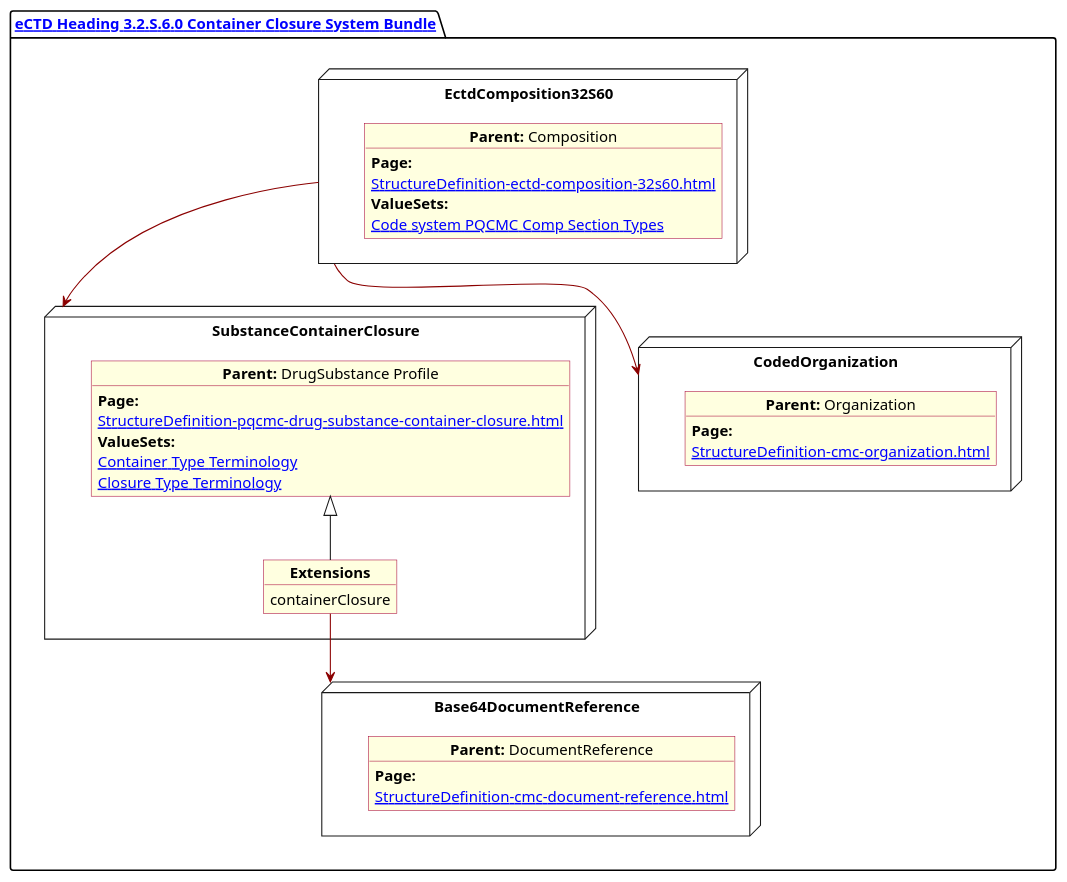
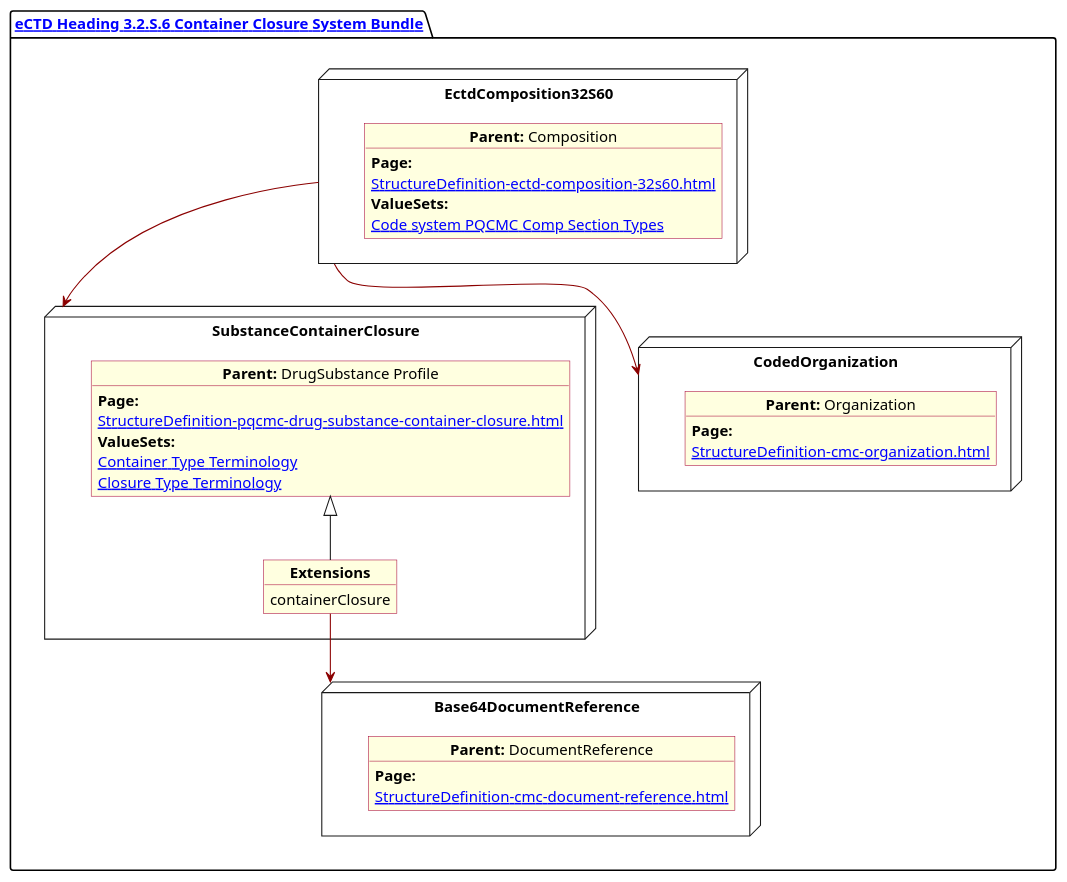
The diagram in input/images-source/SubstanceContainer.plantuml (HL7/FHIR-us-pq-cmc-fda), drawn with PlantUML before and after one commit. The commit also changed 4 other files, not shown here.

```diff
--- a/input/images-source/SubstanceContainer.plantuml
+++ b/input/images-source/SubstanceContainer.plantuml
@@ -1,61 +1,61 @@
 @startuml SubstanceContainer
 allowmixing
 'Mixed model of use case and object
 skinparam svgDimensionStyle false
 skinparam ObjectBackgroundColor LightYellow
 skinparam ObjectBorderColor #A80036
 skinparam activityDiamondBorderColor #A80036
 skinparam activityDiamondBackgroundColor lawnGreen
 skinparam ClassBorderThickness 4
 
-package "[[StructureDefinition-cmc-ectd-document-32s60.html eCTD Heading 3.2.S.6.0 Container Closure System Bundle]]" as NODES {
+package "[[StructureDefinition-cmc-ectd-document-32s60.html eCTD Heading 3.2.S.6 Container Closure System Bundle]]" as NODES {
 
 
 
   node "EctdComposition32S60" as N1 {
 
     object "**Parent:** Composition" as obj1 {
       **Page:**
       [[StructureDefinition-ectd-composition-32s60.html]]
       **ValueSets:**
       [[ValueSet-cmc-comp-section-types-vs.html Code system PQCMC Comp Section Types]]
     }
 
   }
   node "SubstanceContainerClosure" as N21 {
 
     object "**Parent:** DrugSubstance Profile" as obj22 {
       **Page:**
       [[StructureDefinition-pqcmc-drug-substance-container-closure.html]]
       **ValueSets:**
       [[ValueSet-pqcmc-container-type-terminology.html Container Type Terminology]]
       [[ValueSet-pqcmc-closure-type-terminology.html Closure Type Terminology]]
     }
     object "**Extensions**" as objEx {
       containerClosure
     }
     obj22 <|-- objEx
   }
   node "Base64DocumentReference" as NB64 {
 
     object "**Parent:** DocumentReference"  as obj64 {
 
       **Page:**
       [[StructureDefinition-cmc-document-reference.html]]
     }
 
   }
   node "CodedOrganization" as NSO {
 
     object "**Parent:** Organization" as objAu {
       **Page:**
       [[StructureDefinition-cmc-organization.html]]
 
     }
   }
 }
 
 N1 -[#darkred]-> N21
 N1 -[#darkred]-> NSO
 objEx -[#darkred]-> NB64
 @enduml
```
